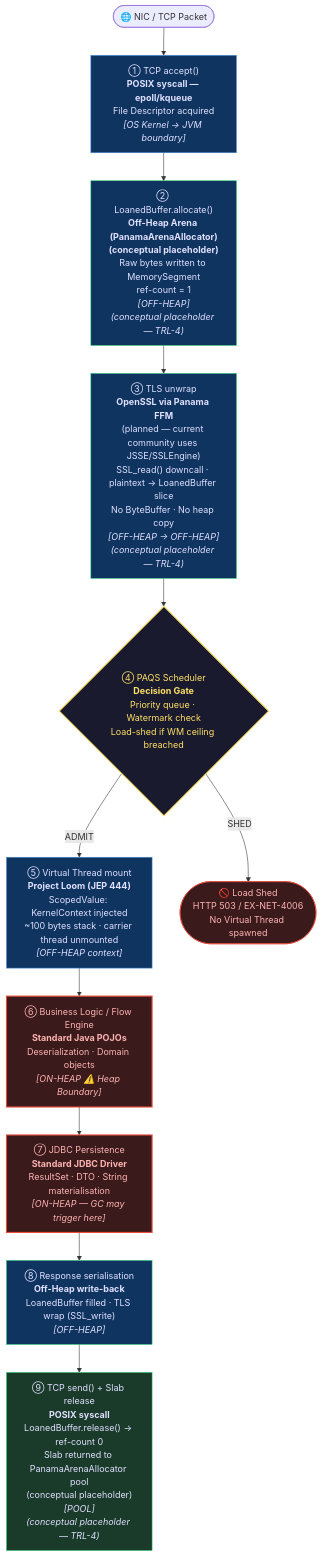
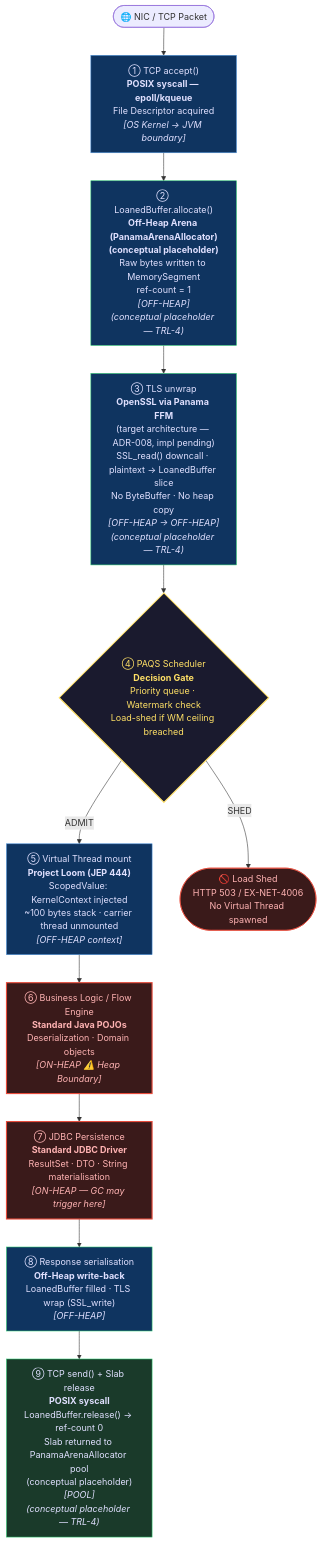
The diagram in docs/modules/03-community.md (exeris-systems/exeris-kernel), drawn with Mermaid before and after one commit. The commit also changed other lines of this file and 6 other files, not shown here.

Commit message:
update(docs): Clarify target architecture and GC behavior in community documentation

````diff
--- a/docs/modules/03-community.md
+++ b/docs/modules/03-community.md
@@ -25,37 +25,37 @@
 ```mermaid
 flowchart TD
     NIC(["🌐 NIC / TCP Packet"])
 
     A["① TCP accept()\n<b>POSIX syscall — epoll/kqueue</b>\nFile Descriptor acquired\n<i>[OS Kernel → JVM boundary]</i>"]
 
     B["② LoanedBuffer.allocate()\n<b>Off-Heap Arena (PanamaArenaAllocator)\n(conceptual placeholder)</b>\nRaw bytes written to MemorySegment\nref-count = 1\n<i>[OFF-HEAP]</i>\n<i>(conceptual placeholder — TRL-4)</i>"]
 
-    C["③ TLS unwrap\n<b>OpenSSL via Panama FFM</b>\n(planned — current community uses JSSE/SSLEngine)\nSSL_read() downcall · plaintext → LoanedBuffer slice\nNo ByteBuffer · No heap copy\n<i>[OFF-HEAP → OFF-HEAP]</i>\n<i>(conceptual placeholder — TRL-4)</i>"]
+    C["③ TLS unwrap\n<b>OpenSSL via Panama FFM</b>\n(target architecture — ADR-008, impl pending)\nSSL_read() downcall · plaintext → LoanedBuffer slice\nNo ByteBuffer · No heap copy\n<i>[OFF-HEAP → OFF-HEAP]</i>\n<i>(conceptual placeholder — TRL-4)</i>"]
 
     D{"④ PAQS Scheduler\n<b>Decision Gate</b>\nPriority queue · Watermark check\nLoad-shed if WM ceiling breached"}
 
     E["⑤ Virtual Thread mount\n<b>Project Loom (JEP 444)</b>\nScopedValue: KernelContext injected\n~100 bytes stack · carrier thread unmounted\n<i>[OFF-HEAP context]</i>"]
 
     F["⑥ Business Logic / Flow Engine\n<b>Standard Java POJOs</b>\nDeserialization · Domain objects\n<i>[ON-HEAP ⚠️ Heap Boundary]</i>"]
 
     G["⑦ JDBC Persistence\n<b>Standard JDBC Driver</b>\nResultSet · DTO · String materialisation\n<i>[ON-HEAP — GC may trigger here]</i>"]
 
     H["⑧ Response serialisation\n<b>Off-Heap write-back</b>\nLoanedBuffer filled · TLS wrap (SSL_write)\n<i>[OFF-HEAP]</i>"]
 
     I["⑨ TCP send() + Slab release\n<b>POSIX syscall</b>\nLoanedBuffer.release() → ref-count 0\nSlab returned to PanamaArenaAllocator pool\n(conceptual placeholder)\n<i>[POOL]</i>\n<i>(conceptual placeholder — TRL-4)</i>"]
 
     NIC --> A --> B --> C --> D
     D -->|"ADMIT"| E --> F --> G --> H --> I
     D -->|"SHED"| SHED(["🚫 Load Shed\nHTTP 503 / EX-NET-4006\nNo Virtual Thread spawned"])
 
     style A fill:#0f3460,color:#e0e0ff,stroke:#4a90d9
     style B fill:#0f3460,color:#e0e0ff,stroke:#2ecc71
     style C fill:#0f3460,color:#e0e0ff,stroke:#2ecc71
     style D fill:#1a1a2e,color:#ffe066,stroke:#ffe066,stroke-width:2px
     style E fill:#0f3460,color:#e0e0ff,stroke:#4a90d9
     style F fill:#3a1a1a,color:#ffb3b3,stroke:#e74c3c,stroke-width:2px
     style G fill:#3a1a1a,color:#ffb3b3,stroke:#e74c3c,stroke-width:2px
     style H fill:#0f3460,color:#e0e0ff,stroke:#2ecc71
     style I fill:#1a3a2a,color:#e0e0ff,stroke:#2ecc71
     style SHED fill:#3a1a1a,color:#ffb3b3,stroke:#e74c3c
 ```
````
